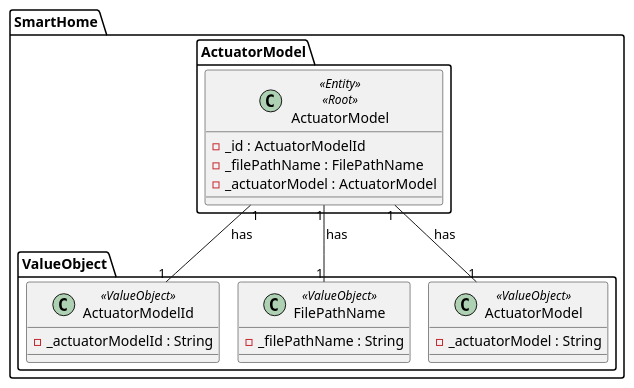
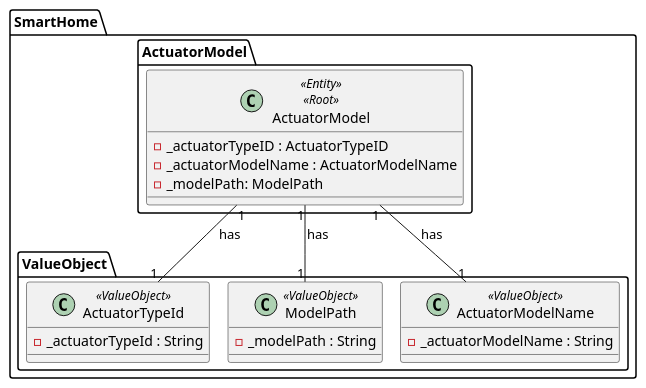
Before and after one commit to olivDiogo/SmartHome: the diagram in docs/general/agreggateModels/ActuatorModel.puml, drawn with PlantUML.

Commit message:
[REFACTOR] - nomenclature correction. Closes #71

```diff
--- a/docs/general/agreggateModels/ActuatorModel.puml
+++ b/docs/general/agreggateModels/ActuatorModel.puml
@@ -1,32 +1,32 @@
 @startuml
 !pragma layout smetana
 
 package SmartHome.ActuatorModel{
 
     class ActuatorModel <<Entity>> <<Root>>{
-    - _id : ActuatorModelId
-    - _filePathName : FilePathName
-    - _actuatorModel : ActuatorModel
+    - _actuatorTypeID : ActuatorTypeID
+    - _actuatorModelName : ActuatorModelName
+    - _modelPath: ModelPath
     }
 }
 
 package SmartHome.ValueObject {
 
-     class ActuatorModelId <<ValueObject>>{
-        - _actuatorModelId : String
+     class ActuatorTypeId <<ValueObject>>{
+        - _actuatorTypeId : String
      }
 
-     class FilePathName <<ValueObject>>{
-        - _filePathName : String
+     class ModelPath <<ValueObject>>{
+        - _modelPath : String
      }
-     class ActuatorModel <<ValueObject>>{
-        - _actuatorModel : String
+     class ActuatorModelName <<ValueObject>>{
+        - _actuatorModelName : String
      }
 }
 
-SmartHome.ActuatorModel.ActuatorModel "1" -- "1" SmartHome.ValueObject.ActuatorModelId : has
-SmartHome.ActuatorModel.ActuatorModel "1" -- "1" SmartHome.ValueObject.FilePathName : has
-SmartHome.ActuatorModel.ActuatorModel "1" -- "1" SmartHome.ValueObject.ActuatorModel : has
+SmartHome.ActuatorModel.ActuatorModel "1" -- "1" SmartHome.ValueObject.ActuatorTypeId : has
+SmartHome.ActuatorModel.ActuatorModel "1" -- "1" SmartHome.ValueObject.ModelPath : has
+SmartHome.ActuatorModel.ActuatorModel "1" -- "1" SmartHome.ValueObject.ActuatorModelName : has
 
 
 @enduml
```
